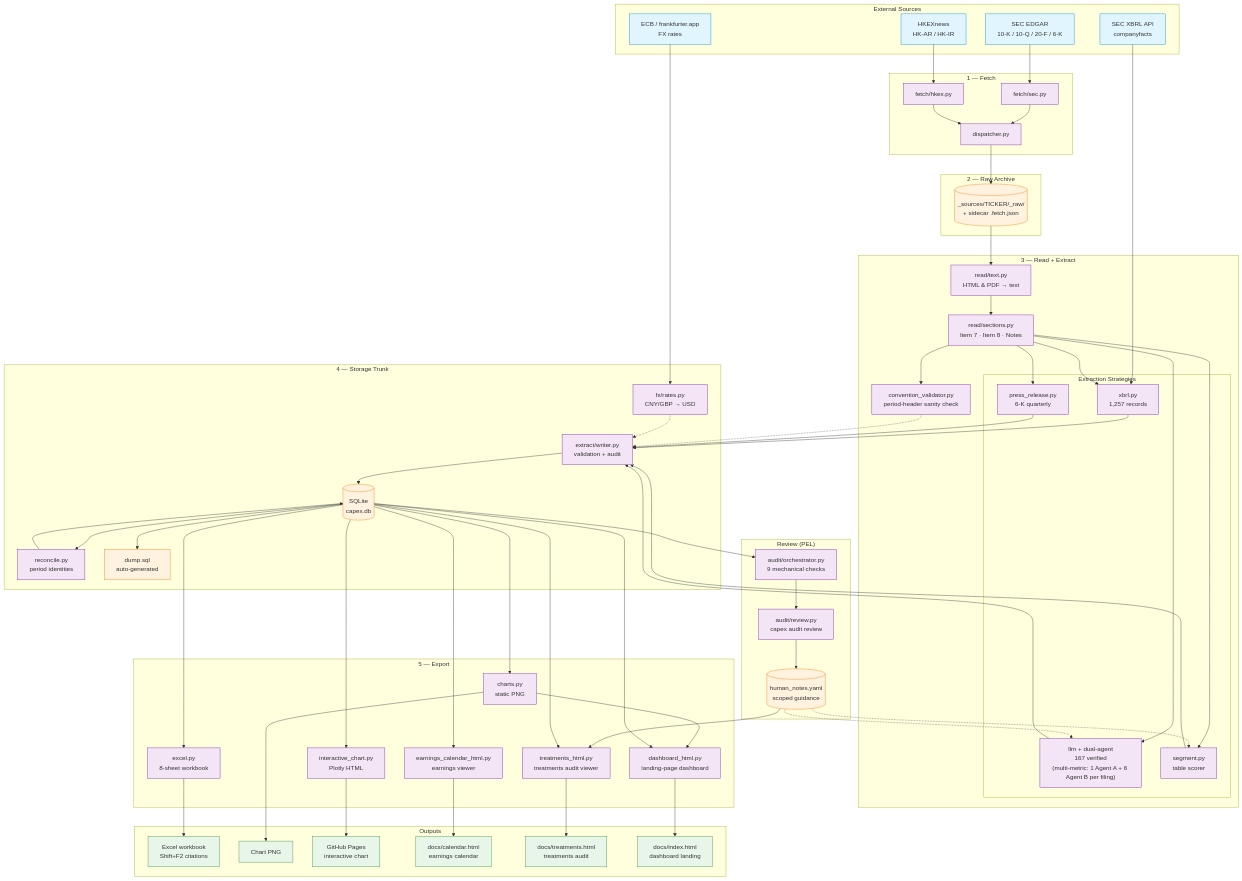
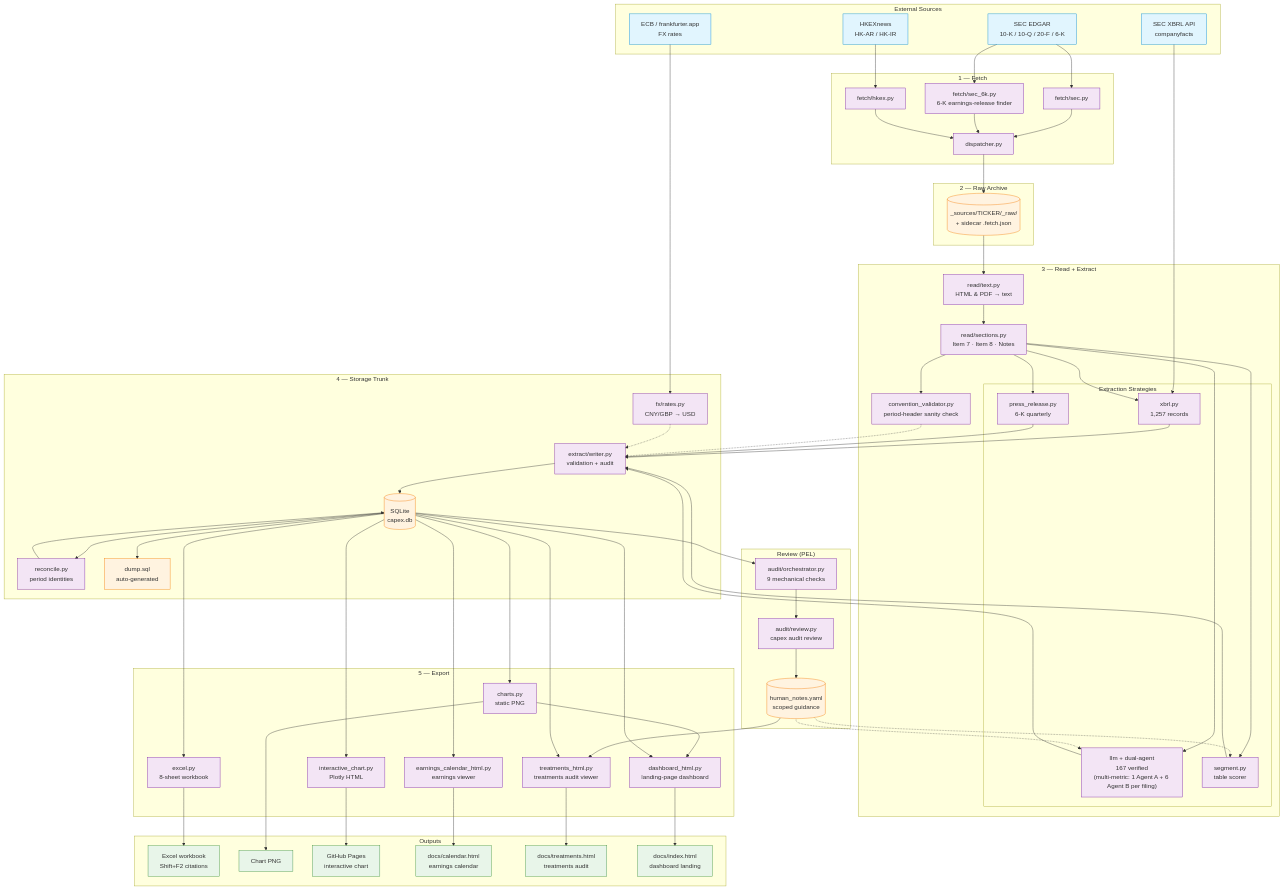
One commit to KKKKKKAI/neocloud-capex-tracker changed the second of 2 diagrams in README.md. Above: the diagram before and after it, drawn with Mermaid. The commit also changed other lines of this file and 20 other files, not shown here.

````diff
--- a/README.md
+++ b/README.md
@@ -73,6 +73,7 @@
 
     subgraph L1["1 — Fetch"]
         SECF["fetch/sec.py"]
+        SEC6K["fetch/sec_6k.py\n6-K earnings-release finder"]
         HKEXF["fetch/hkex.py"]
         DISP["dispatcher.py"]
     end
@@ -127,6 +128,7 @@
     end
 
     SEC --> SECF --> DISP
+    SEC --> SEC6K --> DISP
     HKEX --> HKEXF --> DISP
     DISP --> RAW
     RAW --> TEXT --> SECT
@@ -165,6 +167,6 @@
 
     class SEC,HKEX,XBRL,ECB source
     class RAW,DB,DUMP,HNYAML store
-    class SECF,HKEXF,DISP,TEXT,SECT,CVAL,EX_XBRL,EX_LLM,EX_SEG,EX_6K,FXR,WRITER,RECONCILE,EXCEL,CHART,ICHART,CALHTML,TREATHTML,DASHHTML,AUDIT,REVIEW process
+    class SECF,SEC6K,HKEXF,DISP,TEXT,SECT,CVAL,EX_XBRL,EX_LLM,EX_SEG,EX_6K,FXR,WRITER,RECONCILE,EXCEL,CHART,ICHART,CALHTML,TREATHTML,DASHHTML,AUDIT,REVIEW process
     class XLSX,PNG,GHPAGES,CALPAGE,TREATPAGE,DASHPAGE output
 ```
````
